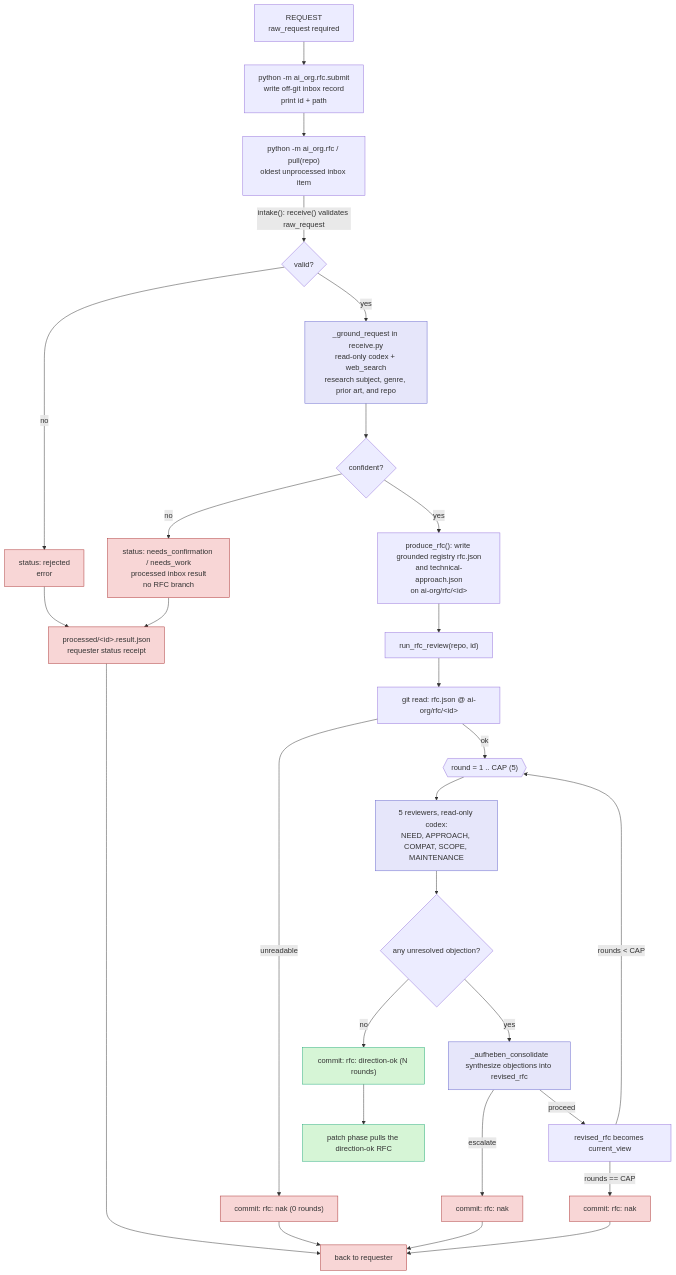
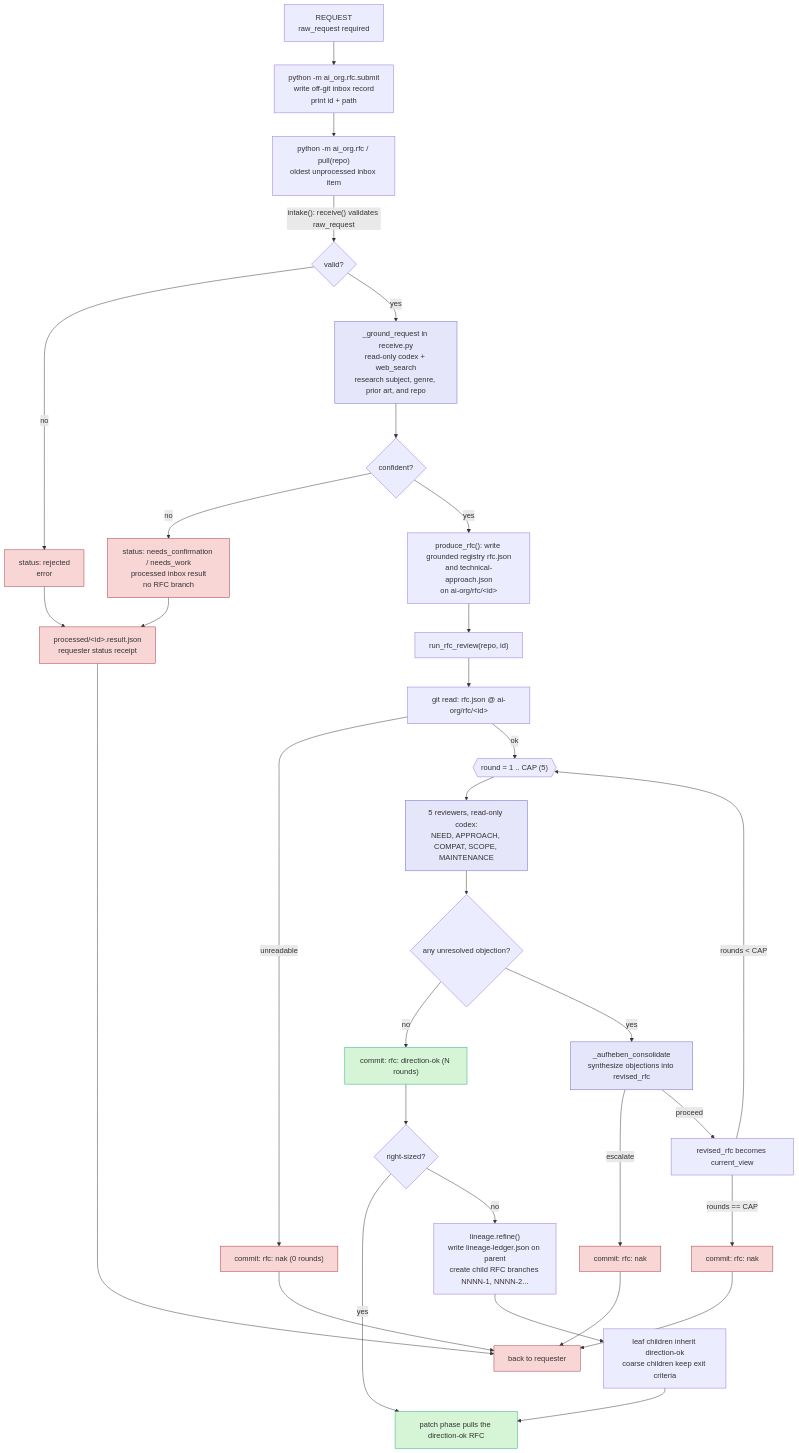
One commit to mishima-computing/ai-org-bootstrap-codex changed the diagram in docs/rfc-flow.md. Above: the diagram before and after it, drawn with Mermaid. The commit also changed other lines of this file and 5 other files, not shown here.

````diff
--- a/docs/rfc-flow.md
+++ b/docs/rfc-flow.md
@@ -9,40 +10,44 @@
 ```mermaid
 flowchart TD
   REQ["REQUEST<br/>raw_request required"]
   REQ --> SUBMIT["python -m ai_org.rfc.submit<br/>write off-git inbox record<br/>print id + path"]
   SUBMIT --> PULL["python -m ai_org.rfc / pull(repo)<br/>oldest unprocessed inbox item"]
   PULL -->|"intake(): receive() validates raw_request"| V{valid?}
   V -->|no| REJ["status: rejected<br/>error"]
   V -->|yes| GROUND["_ground_request in receive.py<br/>read-only codex + web_search<br/>research subject, genre, prior art, and repo"]
   GROUND --> S{confident?}
   S -->|no| CONFIRM["status: needs_confirmation / needs_work<br/>processed inbox result<br/>no RFC branch"]
   S -->|yes| PROD["produce_rfc(): write grounded registry rfc.json<br/>and technical-approach.json<br/>on ai-org/rfc/&lt;id&gt;"]
 
   PROD --> RUN["run_rfc_review(repo, id)"]
   RUN --> READ["git read: rfc.json @ ai-org/rfc/&lt;id&gt;"]
   READ -->|unreadable| NAK0["commit: rfc: nak (0 rounds)"]
   READ -->|ok| LOOP{{"round = 1 .. CAP (5)"}}
   LOOP --> REV["5 reviewers, read-only codex:<br/>NEED, APPROACH, COMPAT, SCOPE, MAINTENANCE"]
   REV --> Q{any unresolved objection?}
   Q -->|no| DOK["commit: rfc: direction-ok (N rounds)"]
   Q -->|yes| AUF["_aufheben_consolidate<br/>synthesize objections into revised_rfc"]
   AUF -->|escalate| NAK1["commit: rfc: nak"]
   AUF -->|proceed| REVISE["revised_rfc becomes current_view"]
   REVISE -->|"rounds < CAP"| LOOP
   REVISE -->|"rounds == CAP"| NAK2["commit: rfc: nak"]
 
-  DOK --> NEXT["patch phase pulls the direction-ok RFC"]
+  DOK --> SIZE{right-sized?}
+  SIZE -->|yes| NEXT["patch phase pulls the direction-ok RFC"]
+  SIZE -->|no| LINEAGE["lineage.refine()<br/>write lineage-ledger.json on parent<br/>create child RFC branches NNNN-1, NNNN-2..."]
+  LINEAGE --> LEAF["leaf children inherit direction-ok<br/>coarse children keep exit criteria"]
+  LEAF --> NEXT
   REJ --> INBOXRESULT["processed/&lt;id&gt;.result.json<br/>requester status receipt"]
   CONFIRM --> INBOXRESULT
   NAK0 --> BACK
   NAK1 --> BACK
   NAK2 --> BACK
   INBOXRESULT --> BACK["back to requester"]
 
   classDef ok fill:#d6f5d6,stroke:#2a7;
   classDef bad fill:#f8d6d6,stroke:#a33;
   classDef codex fill:#e6e6fa,stroke:#66c;
   class DOK,NEXT ok;
   class REJ,CONFIRM,NAK0,NAK1,NAK2,BACK,INBOXRESULT bad;
   class GROUND,REV,AUF codex;
 ```
````
